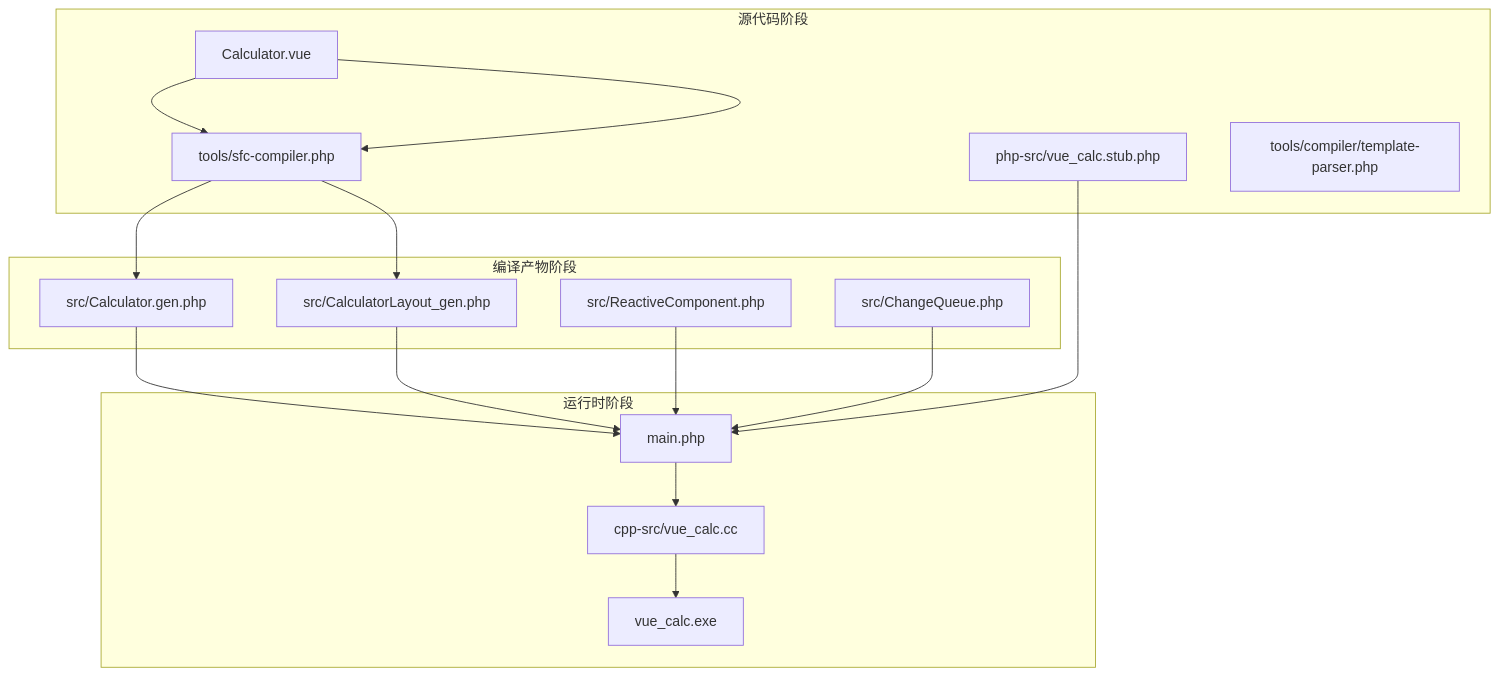
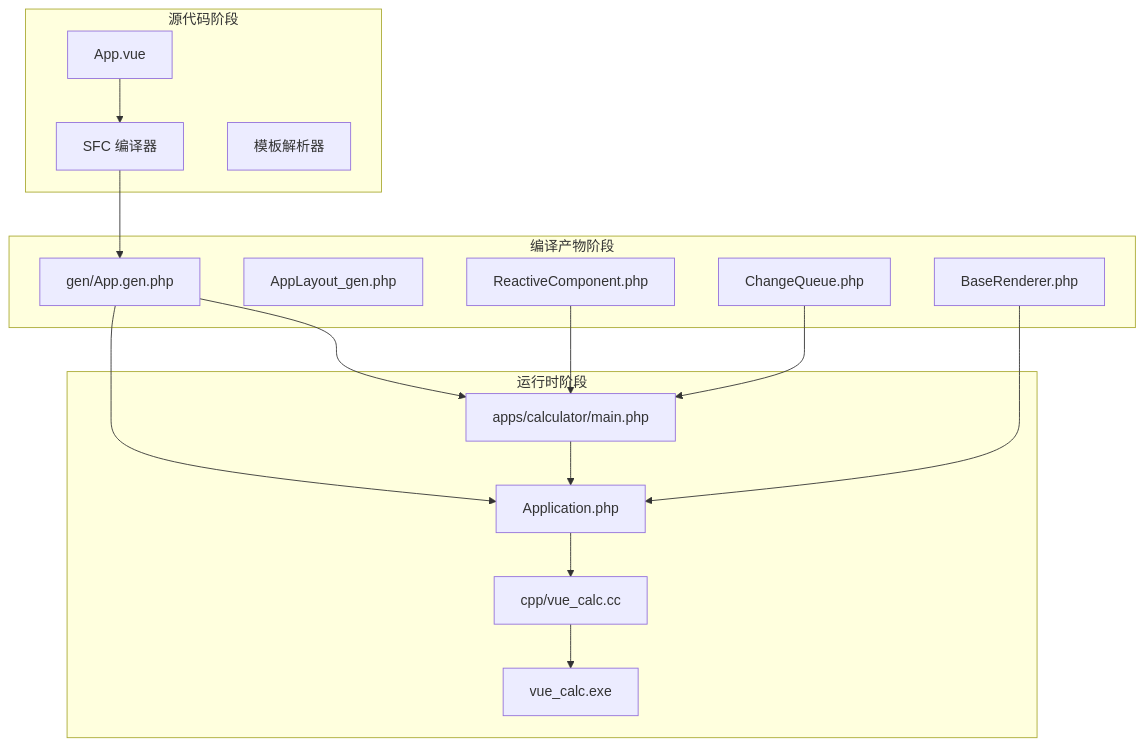
Before and after one commit to xingye00186/PHP-Data-UI-Framework-powered-by-swooleAOT: the first of 7 diagrams in .qoder/repowiki/zh/content/应用程序生命周期/应用程序生命周期.md, drawn with Mermaid. The commit also changed other lines of this file and 7 other files, not shown here.

````diff
--- a/.qoder/repowiki/zh/content/应用程序生命周期/应用程序生命周期.md
+++ b/.qoder/repowiki/zh/content/应用程序生命周期/应用程序生命周期.md
@@ -44,28 +47,28 @@
 ```mermaid
 graph TB
 subgraph "源代码阶段"
-VUE["Calculator.vue"]
-STUB["php-src/vue_calc.stub.php"]
-COMPILER["tools/sfc-compiler.php"]
-TPL["tools/compiler/template-parser.php"]
+VUE["App.vue"]
+COMPILER["SFC 编译器"]
+TPL["模板解析器"]
 end
 subgraph "编译产物阶段"
-GEN["src/Calculator.gen.php"]
-LAYOUT["src/CalculatorLayout_gen.php"]
-RC["src/ReactiveComponent.php"]
-CQ["src/ChangeQueue.php"]
+GEN["gen/App.gen.php"]
+LAYOUT["AppLayout_gen.php"]
+RC["ReactiveComponent.php"]
+CQ["ChangeQueue.php"]
+BR["BaseRenderer.php"]
 end
 subgraph "运行时阶段"
-MAIN["main.php"]
-CPP["cpp-src/vue_calc.cc"]
+MAIN["apps/calculator/main.php"]
+APP["Application.php"]
+CPP["cpp/vue_calc.cc"]
 EXE["vue_calc.exe"]
 end
 VUE --> COMPILER --> GEN
-VUE --> COMPILER --> LAYOUT
 GEN --> MAIN
-LAYOUT --> MAIN
+GEN --> APP
 RC --> MAIN
 CQ --> MAIN
-STUB --> MAIN
-MAIN --> CPP --> EXE
+BR --> APP
+MAIN --> APP --> CPP --> EXE
 ```
````
